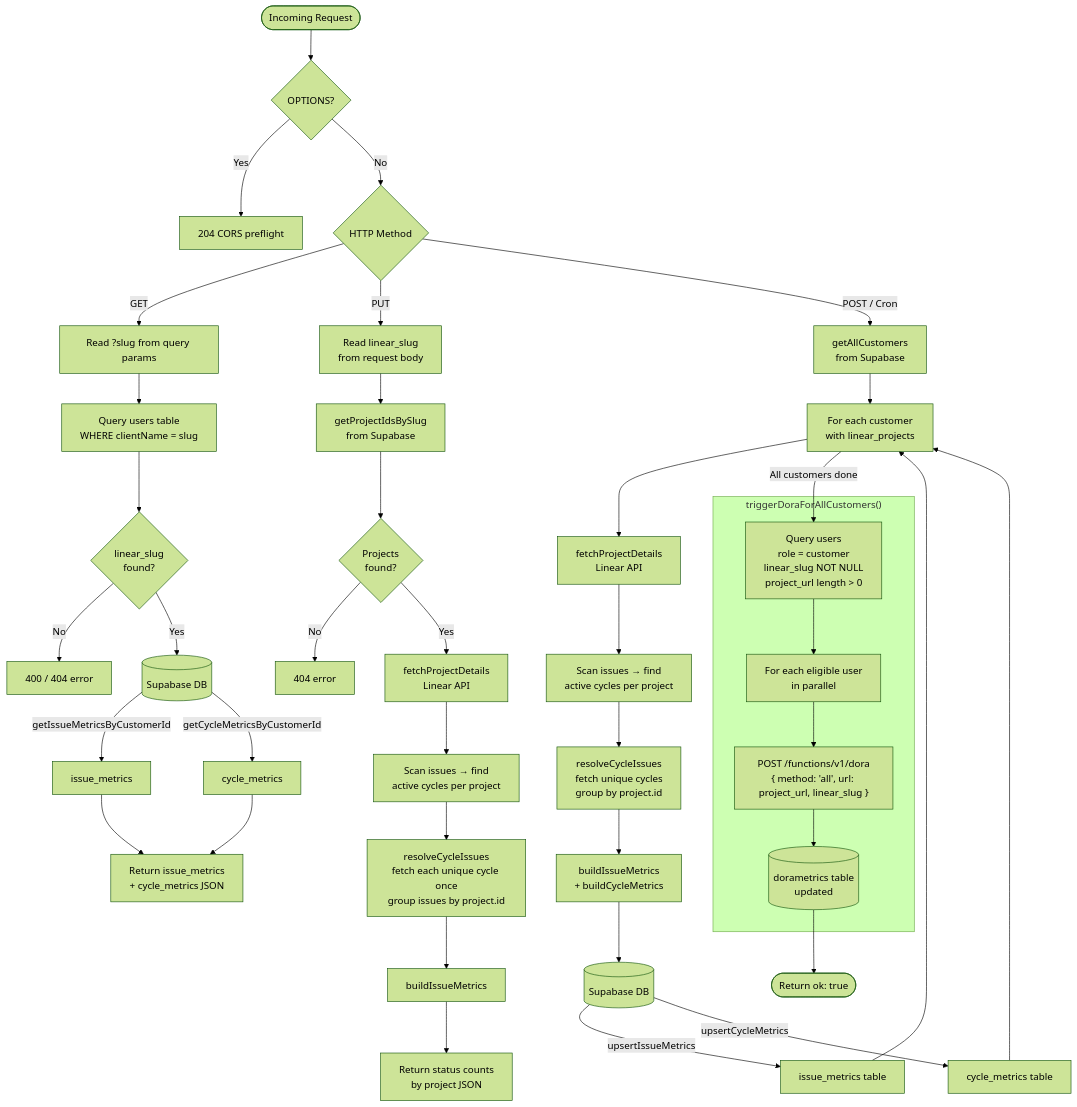
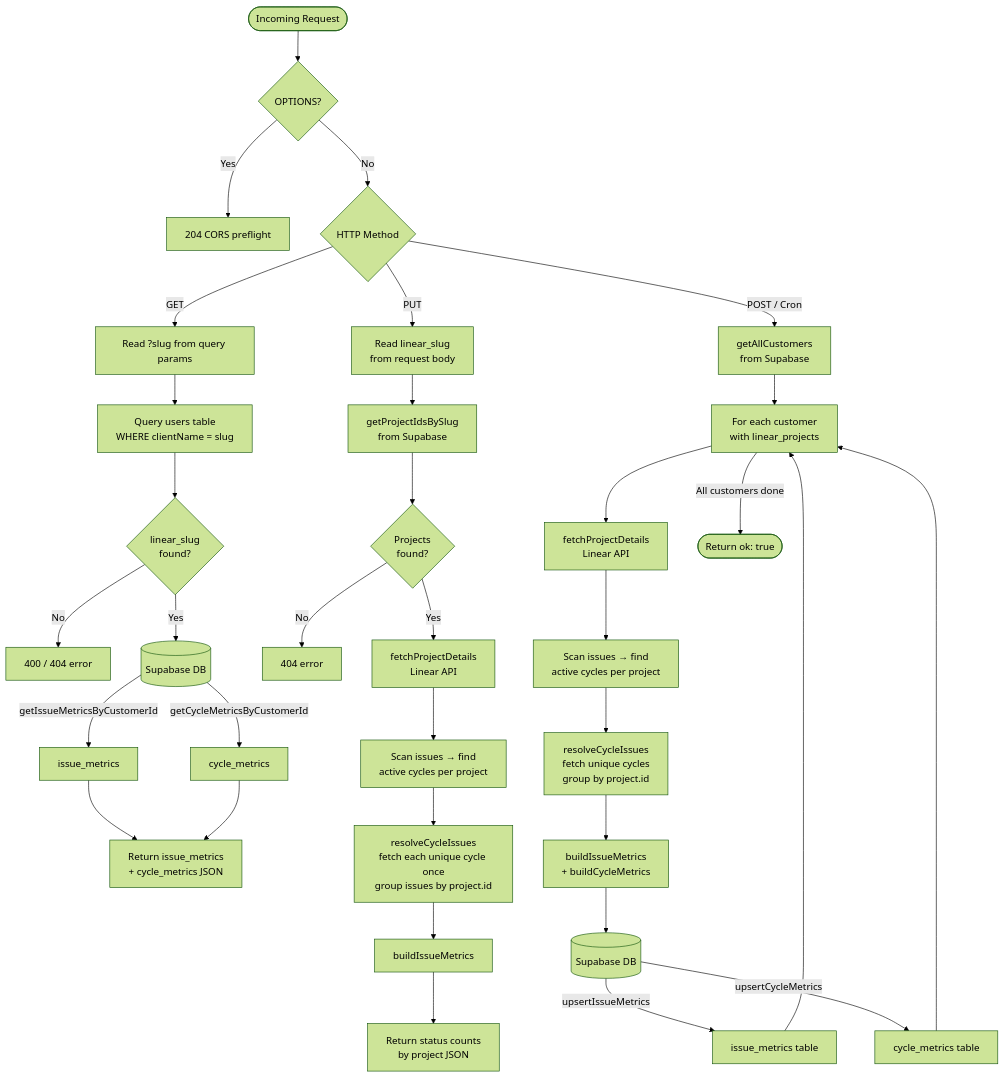
One commit to SparkNCo/portal changed the diagram in supabase/functions/issueMetrics/issueMetrics.mmd. Above: the diagram before and after it, drawn with Mermaid (forest theme). The commit also changed 8 other files, not shown here.

Commit message:
dora && issueMetrics separated into 2 cron jobs

```diff
--- a/supabase/functions/issueMetrics/issueMetrics.mmd
+++ b/supabase/functions/issueMetrics/issueMetrics.mmd
@@ -1,47 +1,41 @@
 flowchart TD
     REQ([Incoming Request]) --> CORS{OPTIONS?}
     CORS -->|Yes| CORSOK[204 CORS preflight]
     CORS -->|No| METHOD{HTTP Method}
 
     %% ── GET ──────────────────────────────────────────────
     METHOD -->|GET| G1[Read ?slug from query params]
     G1 --> G2[Query users table\nWHERE clientName = slug]
     G2 --> G3{linear_slug\nfound?}
     G3 -->|No| G4[400 / 404 error]
     G3 -->|Yes| G5[("Supabase DB")]
     G5 -->|getIssueMetricsByCustomerId| G6[issue_metrics]
     G5 -->|getCycleMetricsByCustomerId| G7[cycle_metrics]
     G6 & G7 --> G8[Return issue_metrics\n+ cycle_metrics JSON]
 
     %% ── PUT ──────────────────────────────────────────────
     METHOD -->|PUT| P1[Read linear_slug\nfrom request body]
     P1 --> P2[getProjectIdsBySlug\nfrom Supabase]
     P2 --> P3{Projects\nfound?}
     P3 -->|No| P4[404 error]
     P3 -->|Yes| P5[fetchProjectDetails\nLinear API]
     P5 --> P6[Scan issues → find\nactive cycles per project]
     P6 --> P7[resolveCycleIssues\nfetch each unique cycle once\ngroup issues by project.id]
     P7 --> P8[buildIssueMetrics]
     P8 --> P9[Return status counts\nby project JSON]
 
     %% ── POST / Cron ──────────────────────────────────────
+    %% DORA metrics run on their own cron (POST /functions/v1/dora,
+    %% method: "allCustomers") — decoupled from this cron so a slow/
+    %% rate-limited GitHub run never delays or times out Linear metrics.
     METHOD -->|POST / Cron| C1[getAllCustomers\nfrom Supabase]
     C1 --> C2[For each customer\nwith linear_projects]
     C2 --> C3[fetchProjectDetails\nLinear API]
     C3 --> C4[Scan issues → find\nactive cycles per project]
     C4 --> C5[resolveCycleIssues\nfetch unique cycles\ngroup by project.id]
     C5 --> C6[buildIssueMetrics\n+ buildCycleMetrics]
     C6 --> C7[("Supabase DB")]
     C7 -->|upsertIssueMetrics| C8[issue_metrics table]
     C7 -->|upsertCycleMetrics| C9[cycle_metrics table]
     C8 & C9 --> C2
-    C2 -->|All customers done| D1
-
-    subgraph DORA ["triggerDoraForAllCustomers()"]
-        D1[Query users\nrole = customer\nlinear_slug NOT NULL\nproject_url length > 0]
-        D1 --> D2[For each eligible user\nin parallel]
-        D2 --> D3["POST /functions/v1/dora\n{ method: 'all', url: project_url, linear_slug }"]
-        D3 --> D4[("dorametrics table\nupdated")]
-    end
-
-    D4 --> DONE([Return ok: true])
+    C2 -->|All customers done| DONE([Return ok: true])
```
